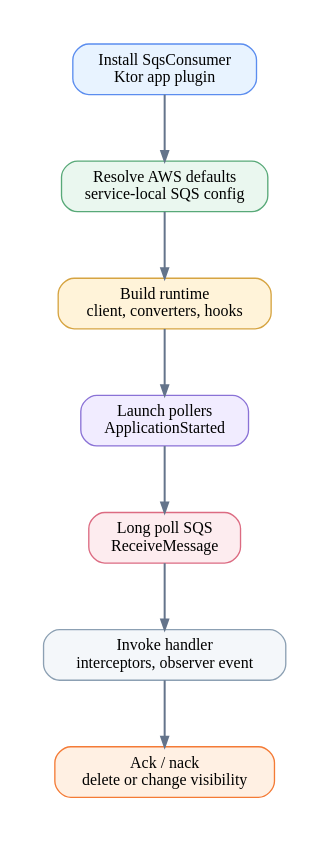
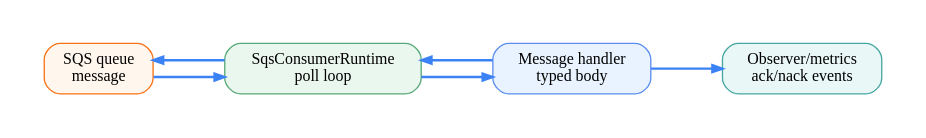
The diagram in docs/images/readme-diagrams/aws-ktor-sequence-01.dot (bluetape4k/bluetape4k-aws), drawn with Graphviz before and after one commit. The commit also changed 305 other files, not shown here.

First line of the commit message:
docs: rebuild README diagrams from source evidence

```diff
--- a/docs/images/readme-diagrams/aws-ktor-sequence-01.dot
+++ b/docs/images/readme-diagrams/aws-ktor-sequence-01.dot
@@ -1,18 +1,14 @@
-digraph aws_ktor_sequence_01 {
-  graph [rankdir=TB, bgcolor="#ffffff", pad=0.35, nodesep=0.48, ranksep=0.70, splines=ortho]
+digraph G {
+  graph [rankdir=LR, bgcolor="#ffffff", pad=0.35, nodesep=0.55, ranksep=0.75, splines=ortho]
   node [shape=box, style="rounded,filled", fontname="Architects Daughter", fontsize=12, margin="0.14,0.09", color="#94a3b8", fillcolor="#f8fafc"]
-  edge [fontname="Comic Mono", fontsize=10, color="#64748b", penwidth=1.5, arrowsize=0.75]
-  install [label="Install SqsConsumer\nKtor app plugin", fillcolor="#E8F3FF", color="#5B8DEF"]
-  defaults [label="Resolve AWS defaults\nservice-local SQS config", fillcolor="#EAF7EF", color="#58A978"]
-  runtime [label="Build runtime\nclient, converters, hooks", fillcolor="#FFF3D9", color="#D6A441"]
-  pollers [label="Launch pollers\nApplicationStarted", fillcolor="#F1ECFF", color="#8A72D6"]
-  poll [label="Long poll SQS\nReceiveMessage", fillcolor="#FDECEF", color="#DC6B82"]
-  handler [label="Invoke handler\ninterceptors, observer event", fillcolor="#F4F7FA", color="#8CA0B3"]
-  ack [label="Ack / nack\ndelete or change visibility", fillcolor="#FFF0E3", color="#F47B36"]
-  install -> defaults
-  defaults -> runtime
-  runtime -> pollers
-  pollers -> poll
-  poll -> handler
-  handler -> ack
+  edge [fontname="Comic Mono", fontsize=10, penwidth=1.8, arrowsize=0.75, color="#3B82F6"]
+  queue [label="SQS queue\nmessage", fillcolor="#FFF7ED", color="#F97316"]
+  consumer [label="SqsConsumerRuntime\npoll loop", fillcolor="#EAF7EF", color="#58A978"]
+  handler [label="Message handler\ntyped body", fillcolor="#E8F3FF", color="#5B8DEF"]
+  observer [label="Observer/metrics\nack/nack events", fillcolor="#E9F7F6", color="#45A7A1"]
+  queue -> consumer
+  consumer -> handler
+  handler -> observer
+  handler -> consumer
+  consumer -> queue
 }
```
